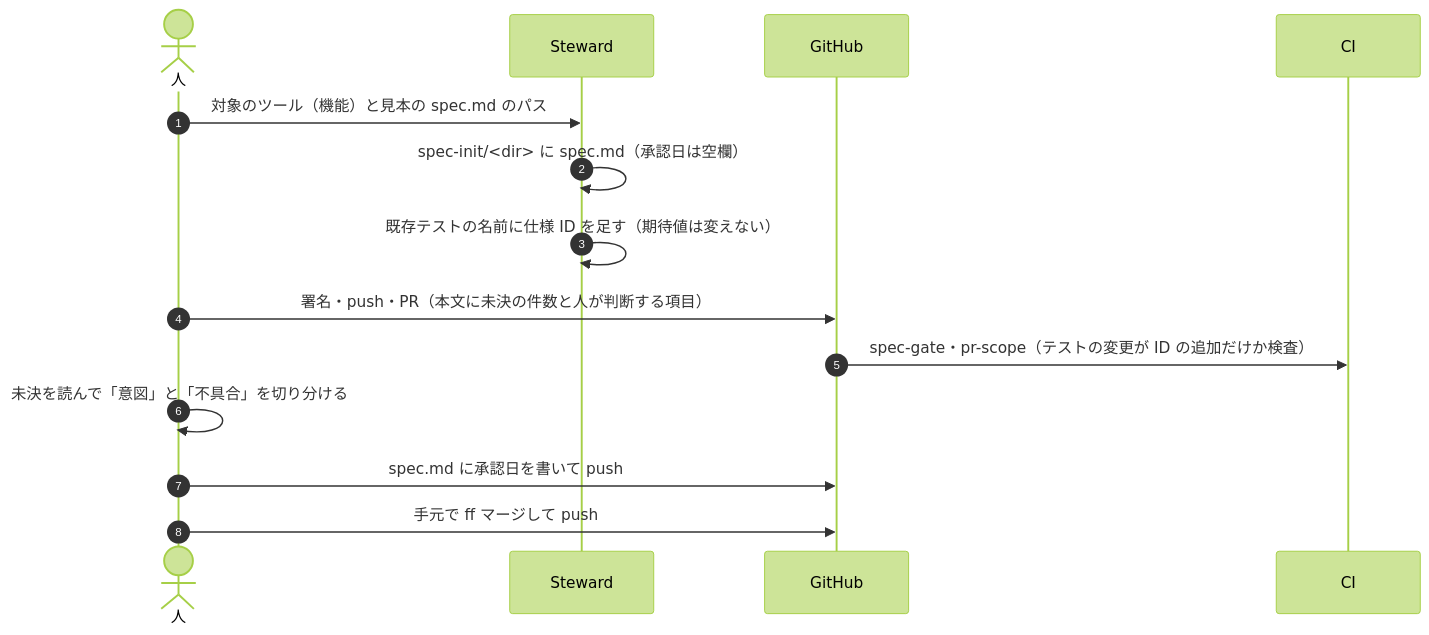
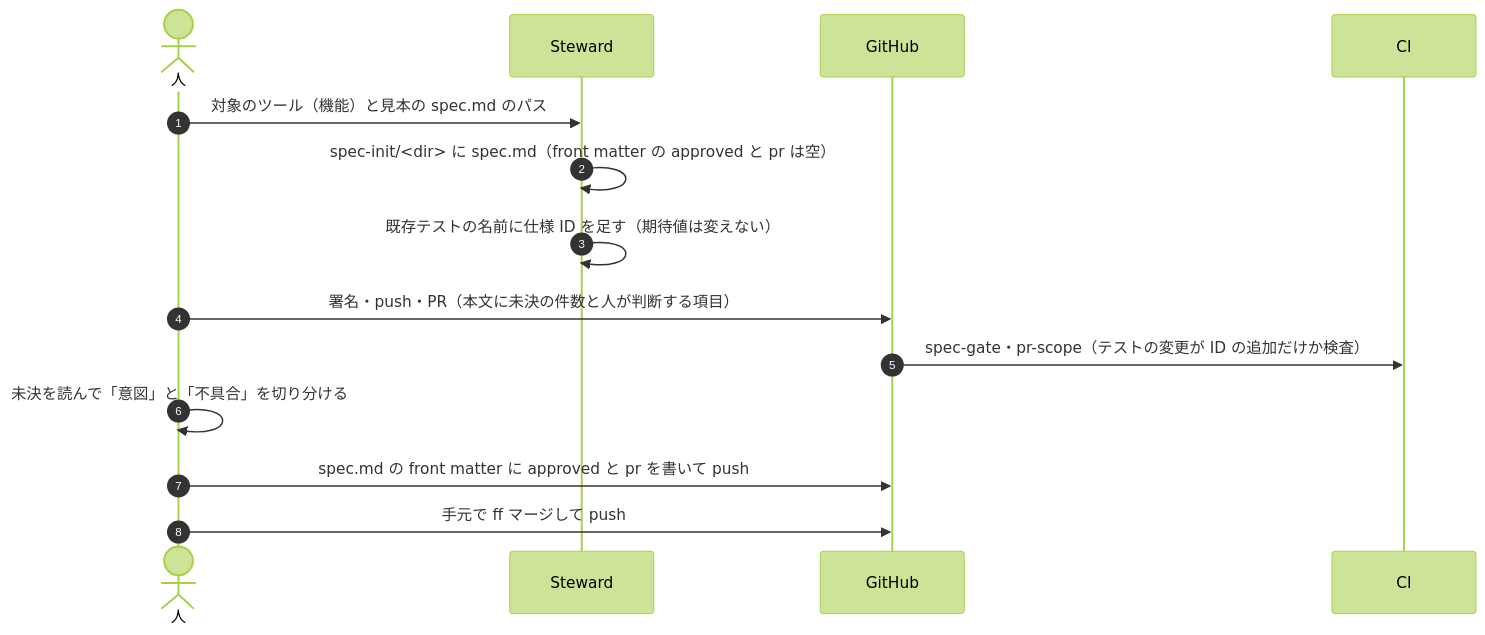
One commit to shuji-bonji/spec-ids changed the third of 3 diagrams in docs/operations.md. Above: the diagram before and after it, drawn with Mermaid (forest theme). The commit also changed other lines of this file, not shown here.

First line of the commit message:
docs: operations.md を 0.3.0 の front matter の承認の記録に合わせる（#5）

````diff
--- a/docs/operations.md
+++ b/docs/operations.md
@@ -107,17 +107,17 @@
 ```mermaid
 sequenceDiagram
   autonumber
   actor H as 人
   participant St as Steward
   participant GH as GitHub
   participant CI as CI
 
   H->>St: 対象のツール（機能）と見本の spec.md のパス
-  St->>St: spec-init/<dir> に spec.md（承認日は空欄）
+  St->>St: spec-init/<dir> に spec.md（front matter の approved と pr は空）
   St->>St: 既存テストの名前に仕様 ID を足す（期待値は変えない）
   H->>GH: 署名・push・PR（本文に未決の件数と人が判断する項目）
   GH->>CI: spec-gate・pr-scope（テストの変更が ID の追加だけか検査）
   H->>H: 未決を読んで「意図」と「不具合」を切り分ける
-  H->>GH: spec.md に承認日を書いて push
+  H->>GH: spec.md の front matter に approved と pr を書いて push
   H->>GH: 手元で ff マージして push
 ```
````
